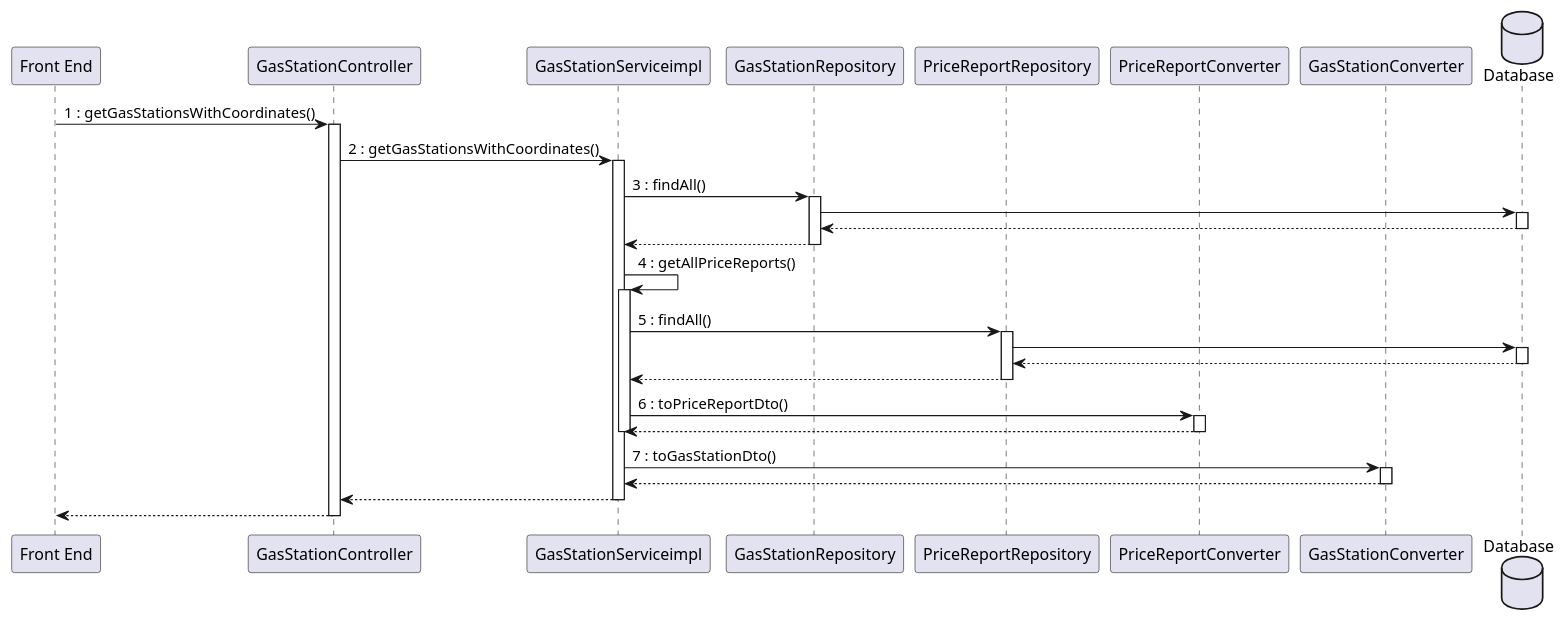
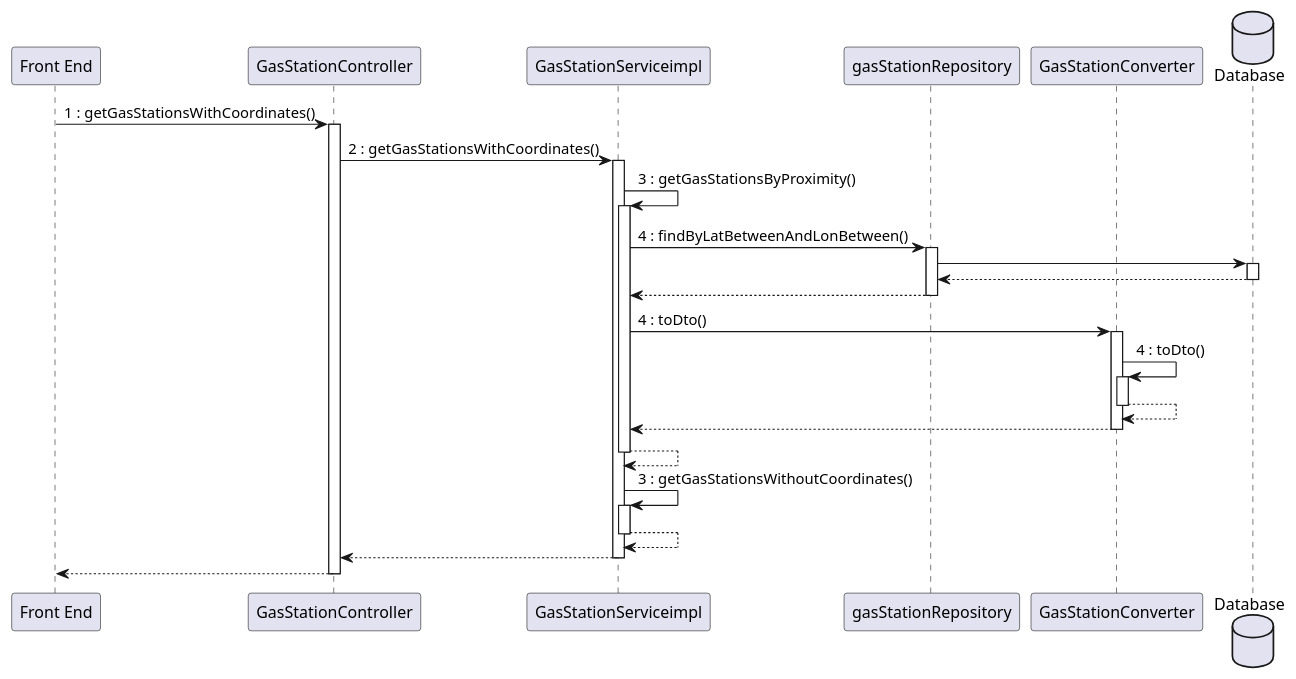
Before and after one commit to mosTavassoli/ezgas: diagram 12 of 15 in docs/DesignDocument.md, drawn with PlantUML.

Commit message:
docs(DesignDocument): edit sequence diagram use case 8

````diff
--- a/docs/DesignDocument.md
+++ b/docs/DesignDocument.md
@@ -830,30 +830,32 @@
 ```plantuml
 database Database order 30
 "Front End" -> GasStationController:1 : getGasStationsWithCoordinates()
 activate GasStationController
 GasStationController -> GasStationServiceimpl:2 : getGasStationsWithCoordinates()
 activate GasStationServiceimpl
-GasStationServiceimpl -> GasStationRepository:3 : findAll()
-activate GasStationRepository
-GasStationRepository -> Database
+
+GasStationServiceimpl -> GasStationServiceimpl: 3 : getGasStationsByProximity()
+activate GasStationServiceimpl
+GasStationServiceimpl -> gasStationRepository: 4 : findByLatBetweenAndLonBetween()
+activate gasStationRepository
+gasStationRepository -> Database
 activate Database
 return
 return
-GasStationServiceimpl -> GasStationServiceimpl:4 : getAllPriceReports()
-activate GasStationServiceimpl
-GasStationServiceimpl -> PriceReportRepository:5 : findAll()
-activate PriceReportRepository
-PriceReportRepository -> Database
-activate Database
-return
-return
-GasStationServiceimpl -> PriceReportConverter:6 : toPriceReportDto()
-activate PriceReportConverter
-return
-deactivate GasStationServiceimpl
-GasStationServiceimpl -> GasStationConverter:7 : toGasStationDto()
+GasStationServiceimpl -> GasStationConverter: 4 : toDto()
+activate GasStationConverter
+GasStationConverter -> GasStationConverter: 4 : toDto()
 activate GasStationConverter
 return
 return
 return
+
+GasStationServiceimpl -> GasStationServiceimpl: 3 : getGasStationsWithoutCoordinates()
+activate GasStationServiceimpl
+return
+
+
+
+return
+return
 ```
````
